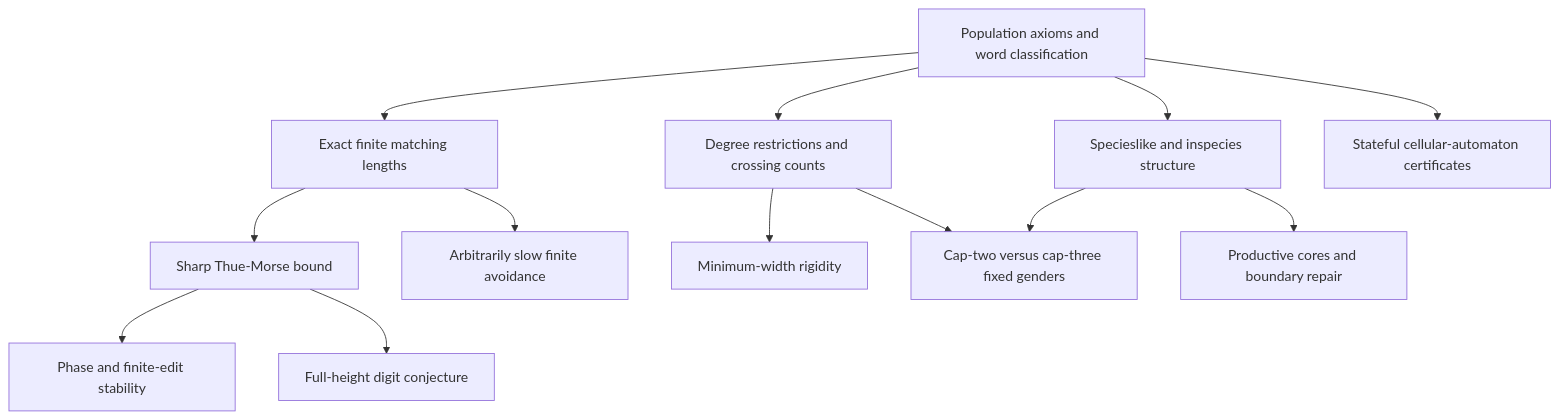
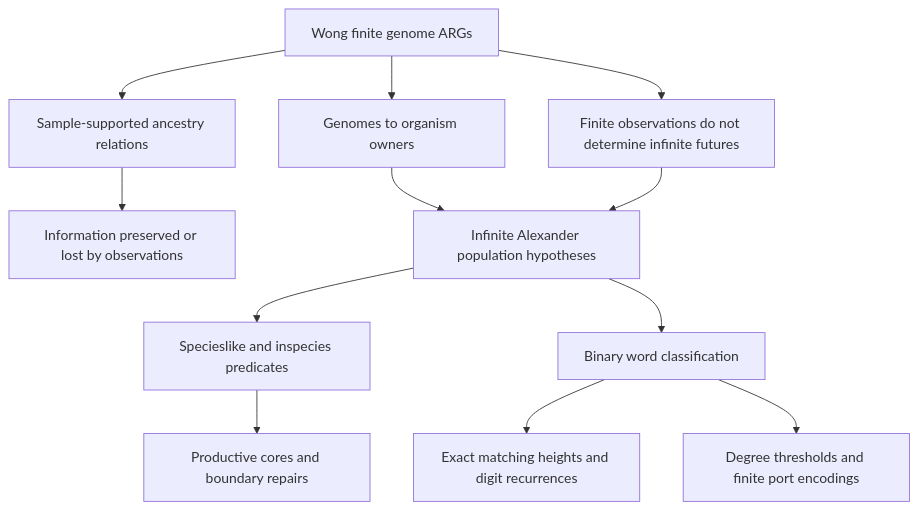
Before and after one commit to Sodelin/Work-on-Samuel-Alexander-Research-: the diagram in RESEARCH-MAP.md, drawn with Mermaid. The commit also changed other lines of this file, not shown here.

````diff
--- a/RESEARCH-MAP.md
+++ b/RESEARCH-MAP.md
@@ -11,15 +20,14 @@
-```mermaid
+~~~mermaid
 flowchart TD
-  A[Population axioms and word classification] --> B[Exact finite matching lengths]
-  A --> C[Degree restrictions and crossing counts]
-  A --> D[Specieslike and inspecies structure]
-  B --> E[Sharp Thue-Morse bound]
-  E --> F[Phase and finite-edit stability]
-  B --> G[Arbitrarily slow finite avoidance]
-  E --> H[Full-height digit conjecture]
-  C --> I[Minimum-width rigidity]
-  C --> J[Cap-two versus cap-three fixed genders]
-  D --> J
-  D --> K[Productive cores and boundary repair]
-  A --> L[Stateful cellular-automaton certificates]
-```
+  W[Wong finite genome ARGs] --> R[Sample-supported ancestry relations]
+  W --> O[Genomes to organism owners]
+  R --> Q[Information preserved or lost by observations]
+  O --> A[Infinite Alexander population hypotheses]
+  A --> S[Specieslike and inspecies predicates]
+  A --> B[Binary word classification]
+  B --> H[Exact matching heights and digit recurrences]
+  B --> D[Degree thresholds and finite port encodings]
+  S --> C[Productive cores and boundary repairs]
+  W --> F[Finite observations do not determine infinite futures]
+  F --> A
+~~~
````
